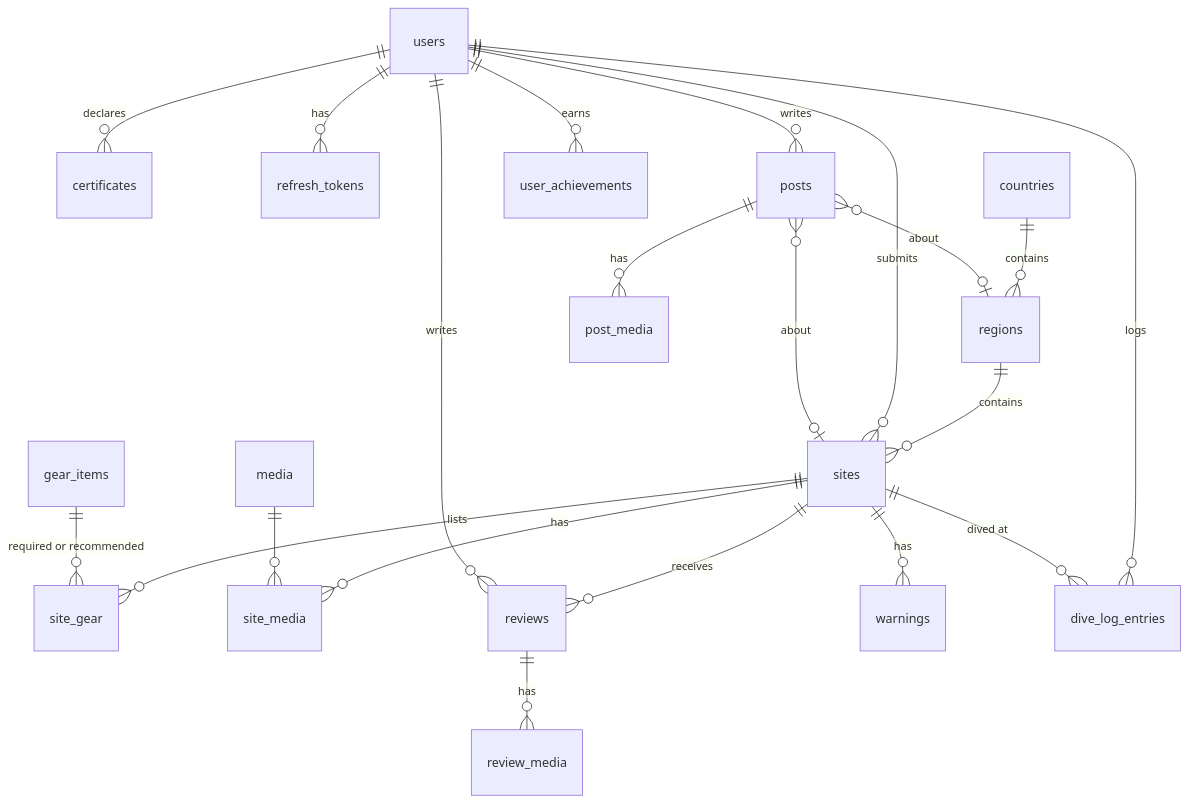
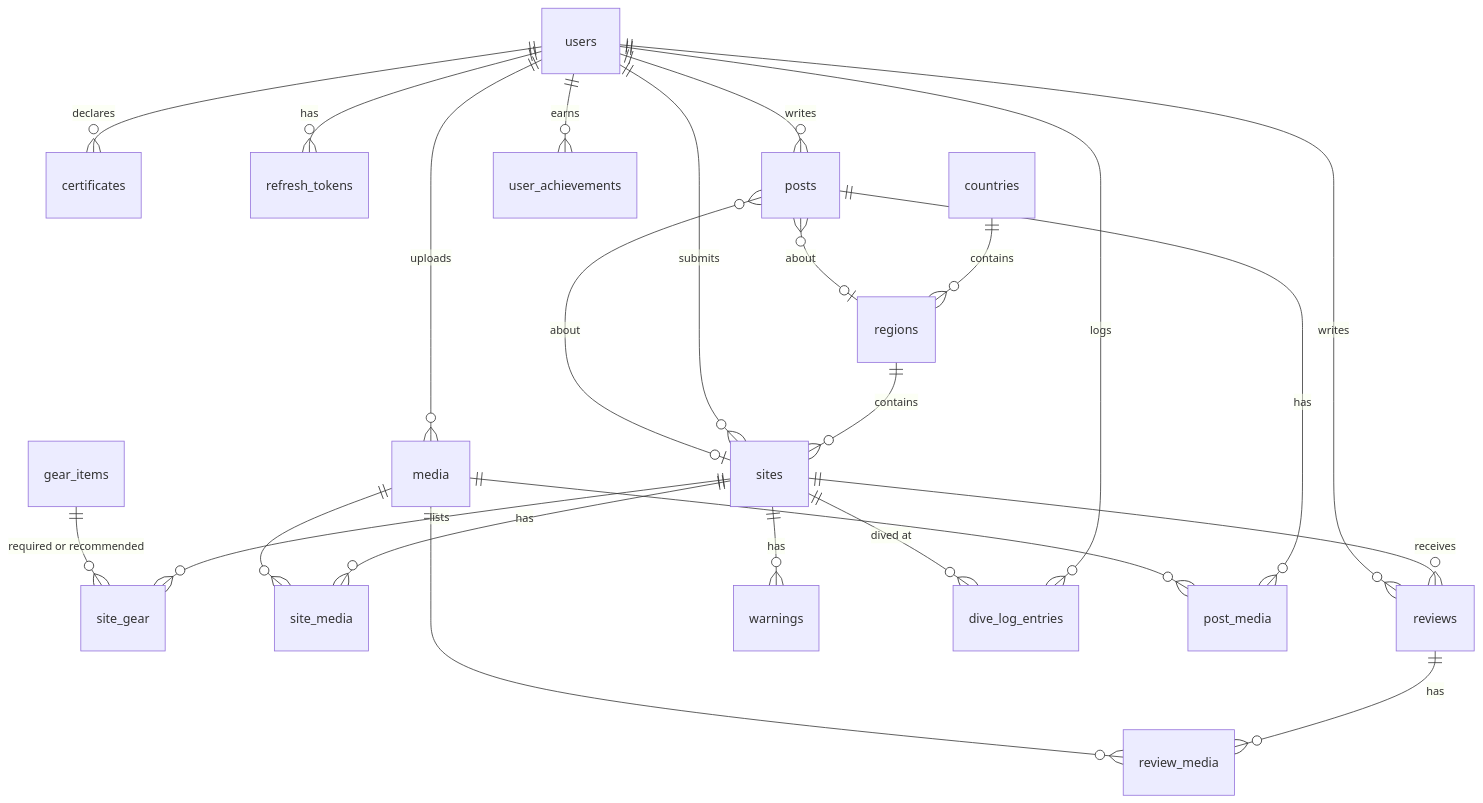
Before and after one commit to otipz19/naukma-divenet: the second of 2 diagrams in docs/ARCHITECTURE.md, drawn with Mermaid. The commit also changed other lines of this file and 55 other files, not shown here.

First line of the commit message:
Add media uploads, thumbnails and the photo field, and archive it (add-media-uploads)

````diff
--- a/docs/ARCHITECTURE.md
+++ b/docs/ARCHITECTURE.md
@@ -128,23 +129,26 @@
 ```mermaid
 erDiagram
   users ||--o{ certificates : declares
   users ||--o{ refresh_tokens : has
   countries ||--o{ regions : contains
   regions ||--o{ sites : contains
   sites ||--o{ site_gear : lists
   gear_items ||--o{ site_gear : "required or recommended"
   users ||--o{ sites : submits
+  users ||--o{ media : uploads
   sites ||--o{ site_media : has
   sites ||--o{ reviews : receives
   users ||--o{ reviews : writes
   reviews ||--o{ review_media : has
   sites ||--o{ warnings : has
   users ||--o{ dive_log_entries : logs
   sites ||--o{ dive_log_entries : "dived at"
   users ||--o{ user_achievements : earns
   users ||--o{ posts : writes
   posts }o--o| sites : "about"
   posts }o--o| regions : "about"
   posts ||--o{ post_media : has
   media ||--o{ site_media : ""
+  media ||--o{ review_media : ""
+  media ||--o{ post_media : ""
 ```
````
